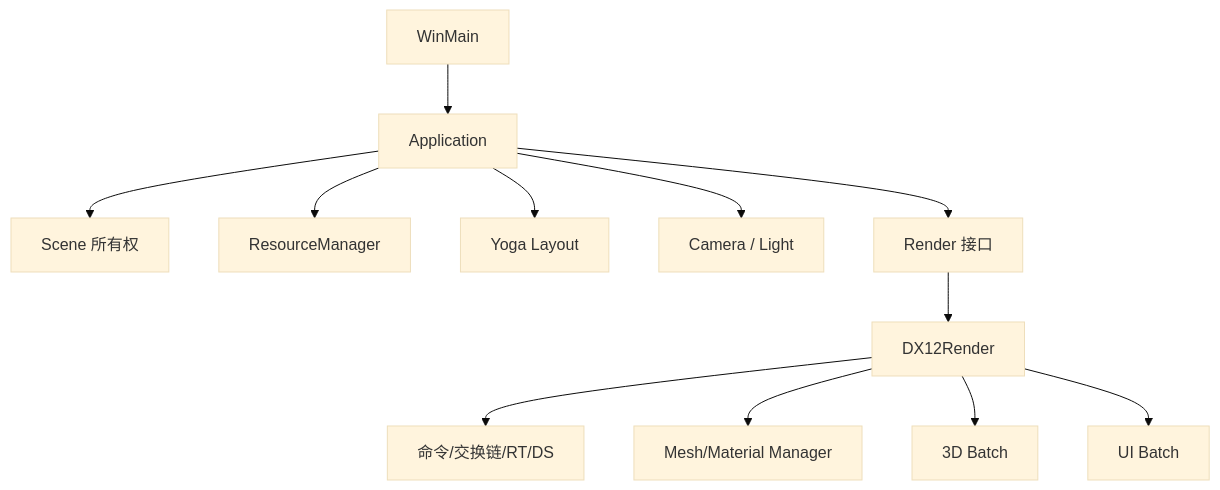
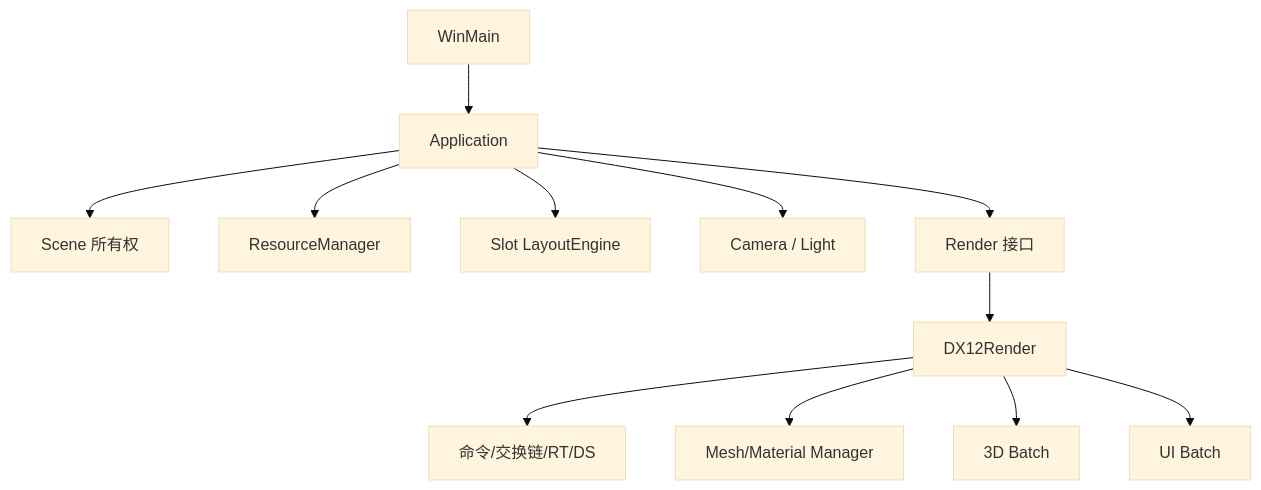
The diagram in docs/architecture/README.md (z8z6/slot), drawn with Mermaid (base theme) before and after one commit. The commit also changed other lines of this file and 83 other files, not shown here.

````diff
--- a/docs/architecture/README.md
+++ b/docs/architecture/README.md
@@ -5,14 +5,14 @@
 ```mermaid
 flowchart TD
     Main[WinMain] --> App[Application]
     App --> Scene[Scene 所有权]
     App --> Assets[ResourceManager]
-    App --> Layout[Yoga Layout]
+    App --> Layout[Slot LayoutEngine]
     App --> Camera[Camera / Light]
     App --> Render[Render 接口]
     Render --> DX[DX12Render]
     DX --> Resources[命令/交换链/RT/DS]
     DX --> Managers[Mesh/Material Manager]
     DX --> GO[3D Batch]
     DX --> UI[UI Batch]
 ```
````
